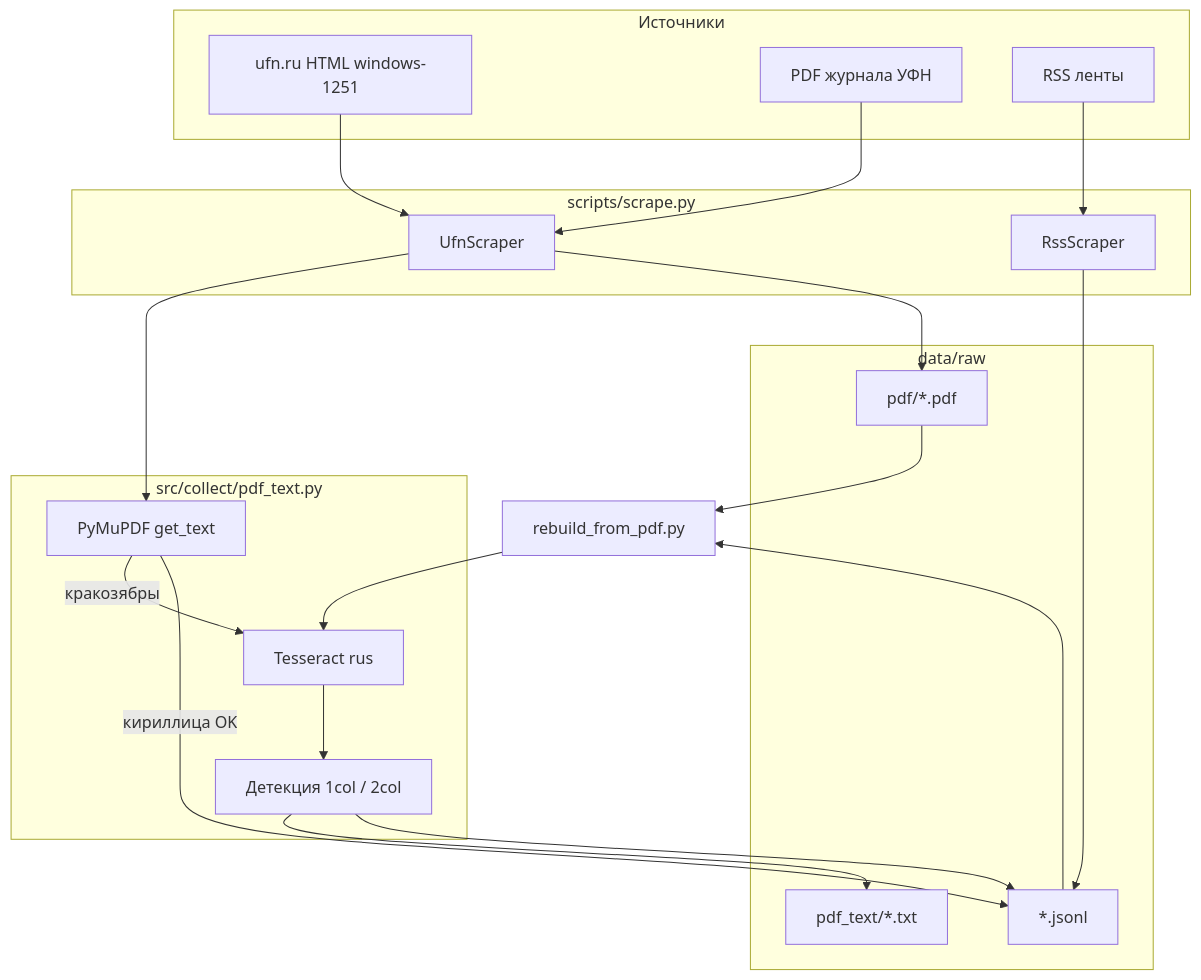
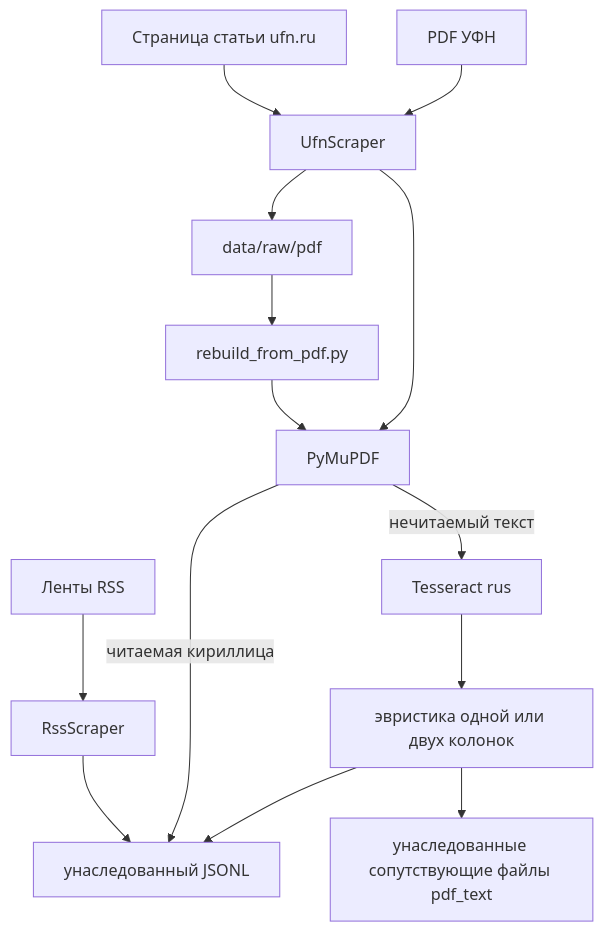
The second of 2 diagrams in docs/ARCHITECTURE.md (DmitryO325/Development_of_domain-specific_BERT_model_for_analyzing_Russian-language_physical_texts), drawn with Mermaid before and after one commit. The commit also changed other lines of this file and 8 other files, not shown here.

````diff
--- a/docs/ARCHITECTURE.md
+++ b/docs/ARCHITECTURE.md
@@ -91,41 +186,16 @@
 ```mermaid
 flowchart TB
-    subgraph sources [Источники]
-        UFN[ufn.ru HTML windows-1251]
-        PDF[PDF журнала УФН]
-        RSS[RSS ленты]
-    end
-
-    subgraph scrape [scripts/scrape.py]
-        UfnScraper[UfnScraper]
-        RssScraper[RssScraper]
-    end
-
-    subgraph extract [src/collect/pdf_text.py]
-        Raw[PyMuPDF get_text]
-        OCR[Tesseract rus]
-        Layout[Детекция 1col / 2col]
-    end
-
-    subgraph storage [data/raw]
-        PDFdir[pdf/*.pdf]
-        JSONL[*.jsonl]
-        TXT[pdf_text/*.txt]
-    end
-
-    UFN --> UfnScraper
-    PDF --> UfnScraper
-    RSS --> RssScraper
-    UfnScraper --> PDFdir
-    UfnScraper --> Raw
-    Raw -->|кириллица OK| JSONL
-    Raw -->|кракозябры| OCR
-    OCR --> Layout
-    Layout --> JSONL
-    Layout --> TXT
-    RssScraper --> JSONL
-
-    JSONL --> Rebuild[rebuild_from_pdf.py]
-    PDFdir --> Rebuild
-    Rebuild --> OCR
+    U[Страница статьи ufn.ru] --> US[UfnScraper]
+    F[PDF УФН] --> US
+    X[Ленты RSS] --> RS[RssScraper]
+    US --> P[data/raw/pdf]
+    US --> PM[PyMuPDF]
+    PM -->|читаемая кириллица| J[унаследованный JSONL]
+    PM -->|нечитаемый текст| O[Tesseract rus]
+    O --> L[эвристика одной или двух колонок]
+    L --> J
+    L --> ST[унаследованные сопутствующие файлы pdf_text]
+    RS --> J
+    P --> RB[rebuild_from_pdf.py]
+    RB --> PM
 ```
````
